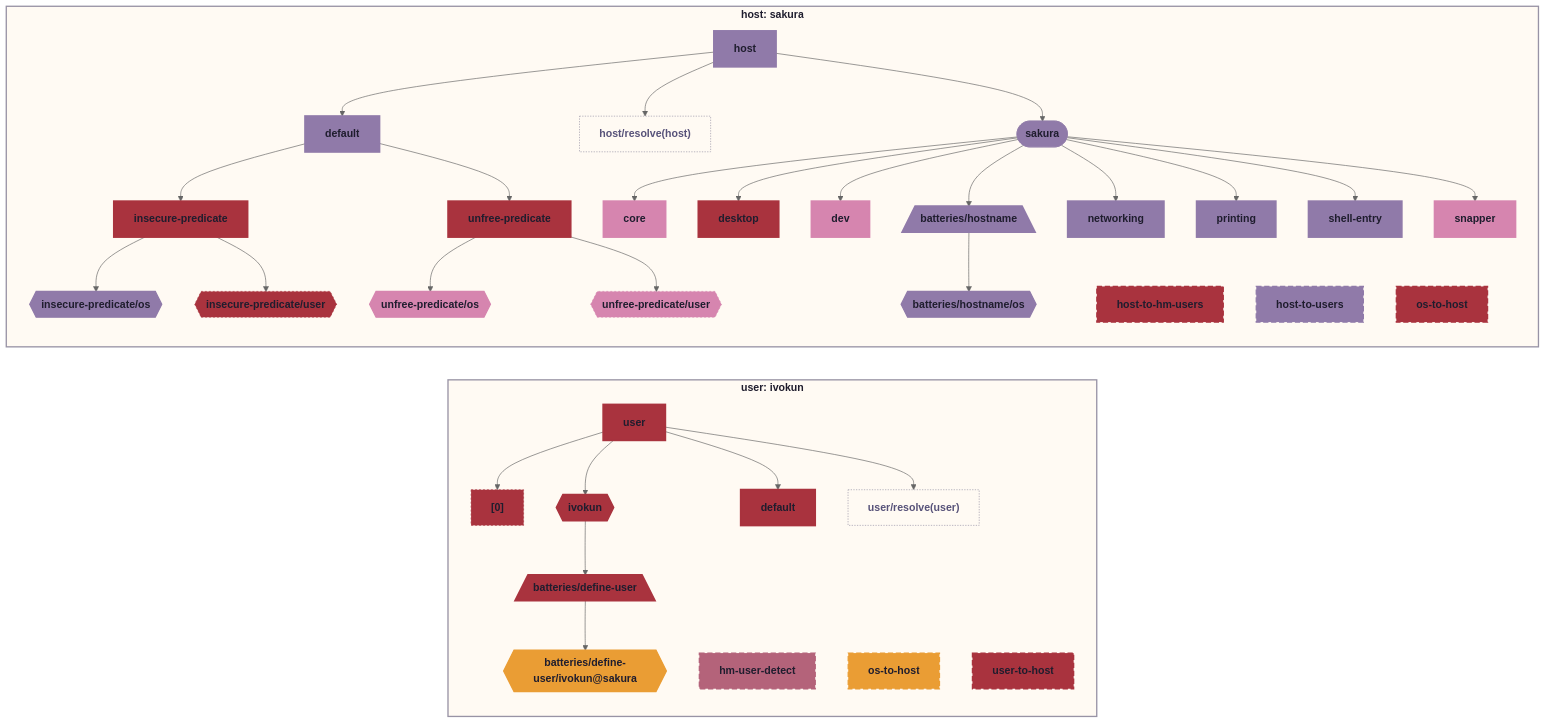
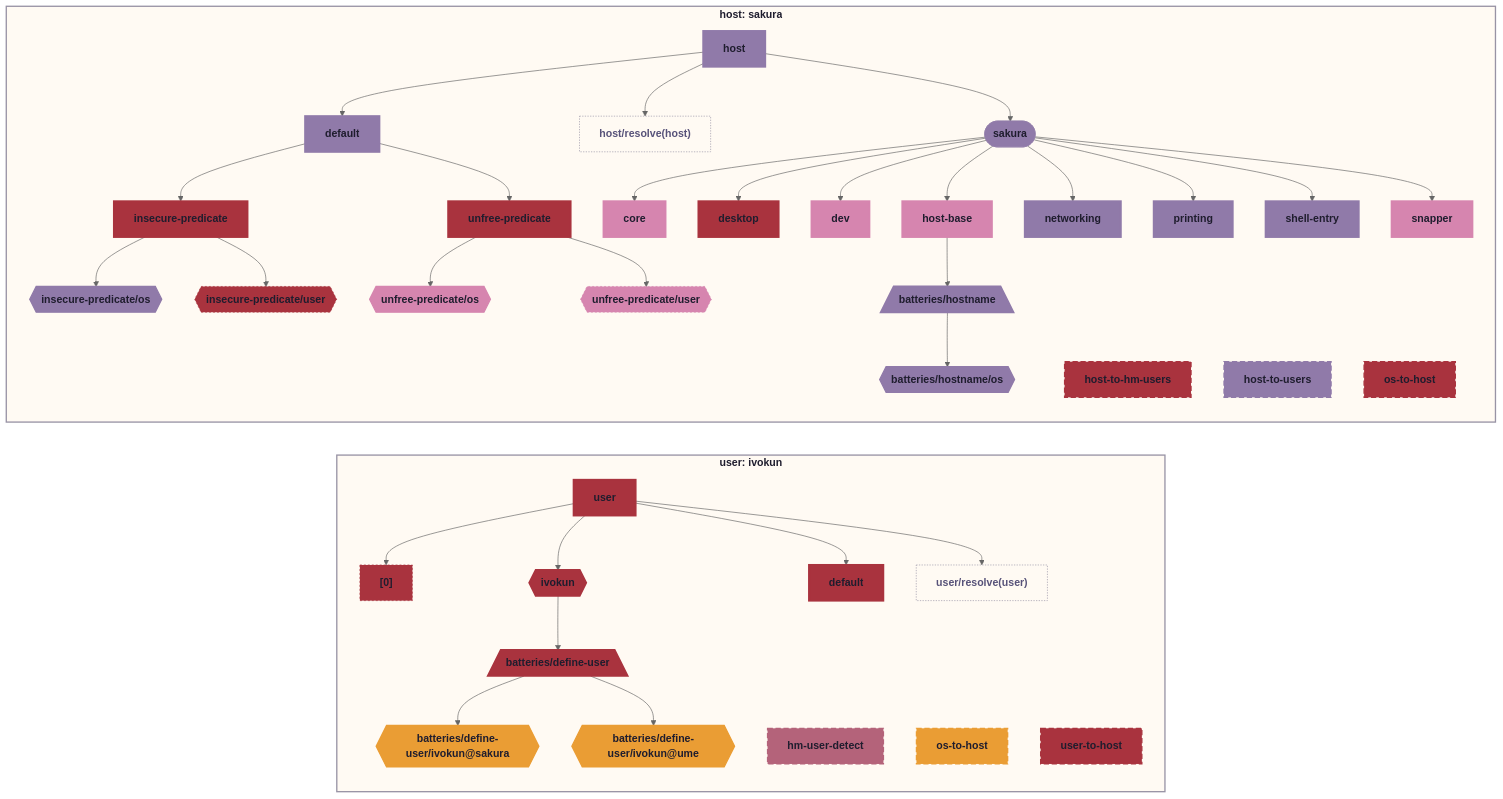
The second of 6 diagrams in README.md (ivokun/kebun), drawn with Mermaid (neutral theme) before and after one commit. The commit also changed other lines of this file and 4 other files, not shown here.

First line of the commit message:
docs(hosts): document ume and the multi-host model

```diff
--- a/README.md
+++ b/README.md
@@ -117,6 +159,7 @@
   default_user_ivokun["default"]:::default_user_ivokun_c
   den__batteries__define_user[/"batteries/define-user"\]:::den__batteries__define_user_c
   den__batteries__define_user__ivokun_sakura{{"batteries/define-user/ivokun@sakura"}}:::den__batteries__define_user__ivokun_sakura_c
+  den__batteries__define_user__ivokun_ume{{"batteries/define-user/ivokun@ume"}}:::den__batteries__define_user__ivokun_ume_c
   hm_user_detect["hm-user-detect"]:::hm_user_detect_c
   ivokun{{"ivokun"}}:::ivokun_c
   os_to_host_user_ivokun["os-to-host"]:::os_to_host_user_ivokun_c
@@ -124,6 +167,7 @@
   user_to_host["user-to-host"]:::user_to_host_c
   user__resolve_user_["user/resolve(user)"]:::user__resolve_user__c
   den__batteries__define_user --> den__batteries__define_user__ivokun_sakura
+  den__batteries__define_user --> den__batteries__define_user__ivokun_ume
   ivokun --> den__batteries__define_user
   user --> _policy_hm_user_detect__0_
   user --> default_user_ivokun
@@ -136,6 +180,7 @@
   desktop["desktop"]:::desktop_c
   dev["dev"]:::dev_c
   host["host"]:::host_c
+  host_base["host-base"]:::host_base_c
   host_to_hm_users["host-to-hm-users"]:::host_to_hm_users_c
   host_to_users["host-to-users"]:::host_to_users_c
   host__resolve_host_["host/resolve(host)"]:::host__resolve_host__c
@@ -158,12 +203,13 @@
   host --> default_host_sakura
   host --> host__resolve_host_
   host --> sakura
+  host_base --> den__batteries__hostname
   insecure_predicate --> insecure_predicate__os
   insecure_predicate --> insecure_predicate__user
   sakura --> core
   sakura --> desktop
   sakura --> dev
-  sakura --> den__batteries__hostname
+  sakura --> host_base
   sakura --> networking
   sakura --> printing
   sakura --> shell_entry
@@ -180,10 +226,12 @@
   classDef default_user_ivokun_c fill:#a9333e,stroke:#a9333e,color:#1f1d2e,stroke-width:3px
   classDef den__batteries__define_user_c fill:#a9333e,stroke:#a9333e,color:#1f1d2e,stroke-width:3px
   classDef den__batteries__define_user__ivokun_sakura_c fill:#ea9d34,stroke:#ea9d34,color:#1f1d2e,stroke-width:2px
+  classDef den__batteries__define_user__ivokun_ume_c fill:#ea9d34,stroke:#ea9d34,color:#1f1d2e,stroke-width:2px
   classDef desktop_c fill:#a9333e,stroke:#a9333e,color:#1f1d2e,stroke-width:3px
   classDef dev_c fill:#d685af,stroke:#d685af,color:#1f1d2e,stroke-width:3px
   classDef hm_user_detect_c fill:#b4637a,stroke:#b4637a,color:#1f1d2e,stroke-width:2px,stroke-dasharray: 8 4
   classDef host_c fill:#907aa9,stroke:#907aa9,color:#1f1d2e,stroke-width:3px
+  classDef host_base_c fill:#d685af,stroke:#d685af,color:#1f1d2e,stroke-width:3px
   classDef host_to_hm_users_c fill:#a9333e,stroke:#a9333e,color:#1f1d2e,stroke-width:2px,stroke-dasharray: 8 4
   classDef host_to_users_c fill:#907aa9,stroke:#907aa9,color:#1f1d2e,stroke-width:2px,stroke-dasharray: 8 4
   classDef host__resolve_host__c fill:#fffaf3,stroke:#9893a5,color:#575279,stroke-dasharray: 2 2,stroke-width:1px
```
